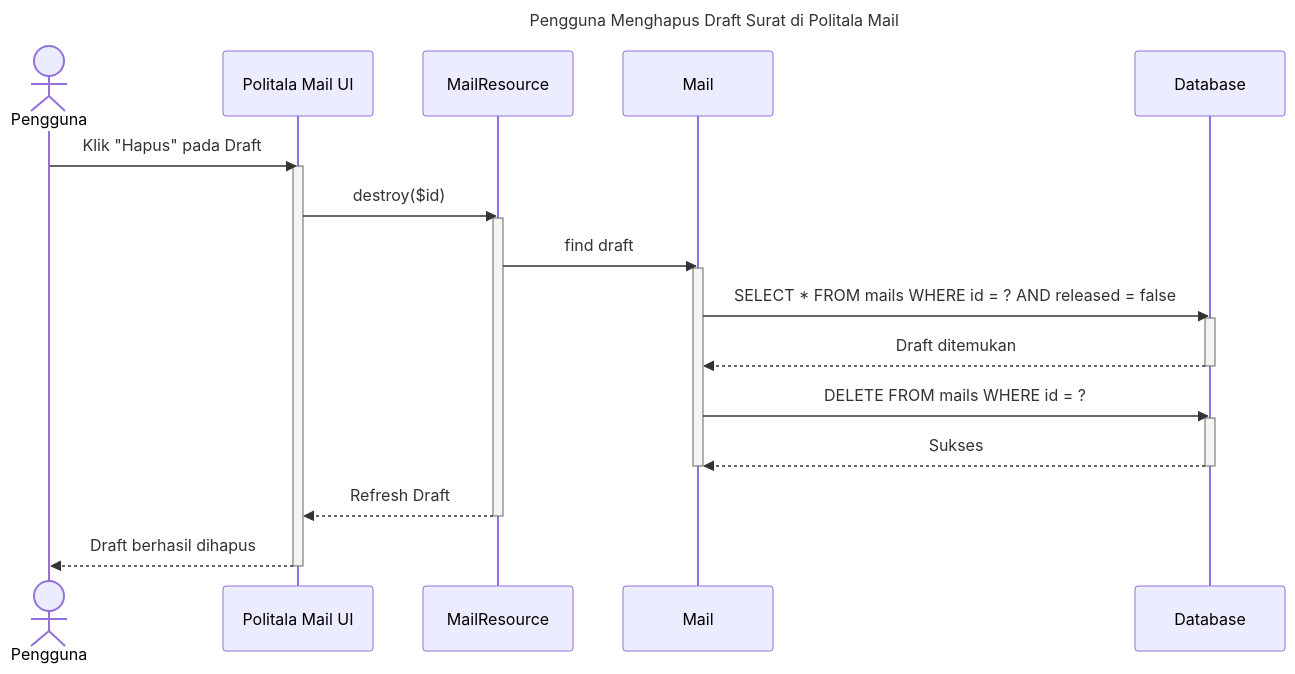
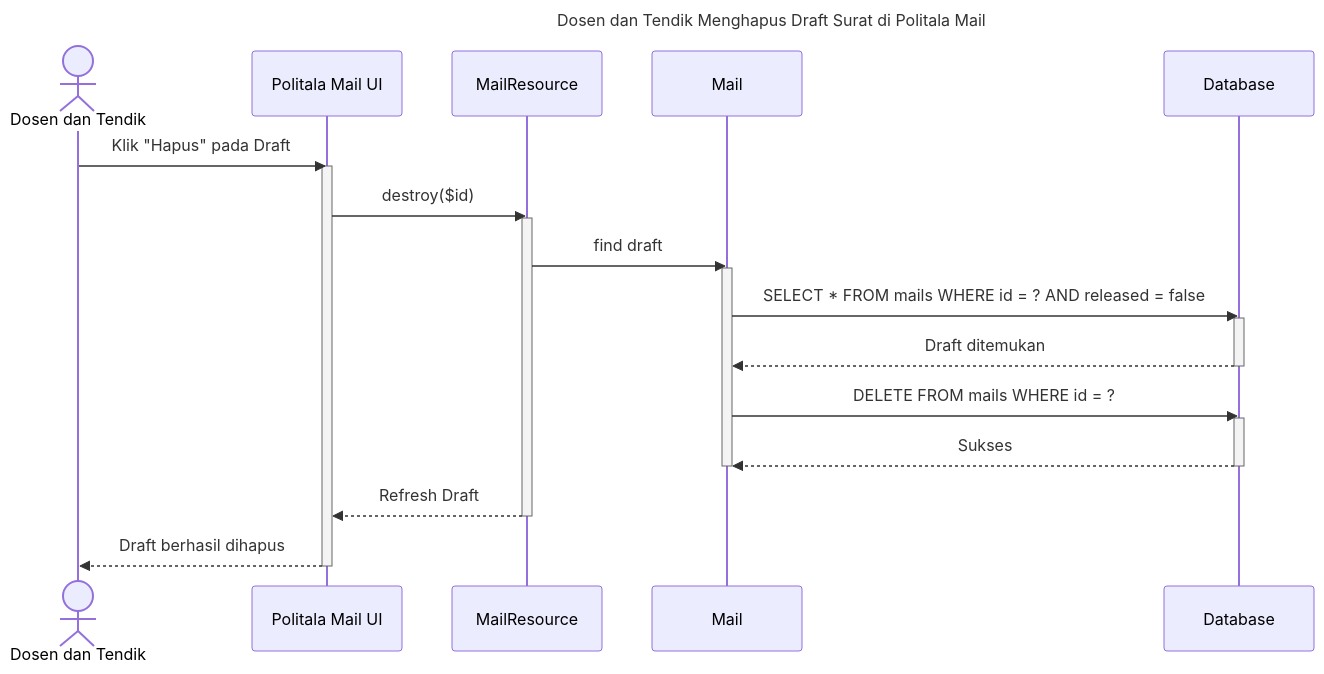
The diagram in Manage Sent Mails/delete draft.md (davidhadinugroho24601/UML-politala-mail), drawn with Mermaid before and after one commit. The commit also changed 9 other files, not shown here.

````diff
--- a/Manage Sent Mails/delete draft.md
+++ b/Manage Sent Mails/delete draft.md
@@ -1,33 +1,33 @@
 ```mermaid
 
 sequenceDiagram
-    title Pengguna Menghapus Draft Surat di Politala Mail
+    title Dosen dan Tendik Menghapus Draft Surat di Politala Mail
 
-    actor Pengguna
+    actor Dosen dan Tendik
     participant FilamentUI as Politala Mail UI
     participant MailResource
     participant MailModel as Mail
     participant DB as Database
 
-    Pengguna ->> FilamentUI: Klik "Hapus" pada Draft
+    Dosen dan Tendik ->> FilamentUI: Klik "Hapus" pada Draft
     activate FilamentUI
     FilamentUI ->> MailResource: destroy($id)
     activate MailResource
     MailResource ->> MailModel: find draft
     activate MailModel
     MailModel ->> DB: SELECT * FROM mails WHERE id = ? AND released = false
     activate DB
     DB -->> MailModel: Draft ditemukan
     deactivate DB
     MailModel ->> DB: DELETE FROM mails WHERE id = ?
     activate DB
     DB -->> MailModel: Sukses
     deactivate DB
     deactivate MailModel
     MailResource -->> FilamentUI: Refresh Draft
     deactivate MailResource
-    FilamentUI -->> Pengguna: Draft berhasil dihapus
+    FilamentUI -->> Dosen dan Tendik: Draft berhasil dihapus
     deactivate FilamentUI
 
 
 ```
````
